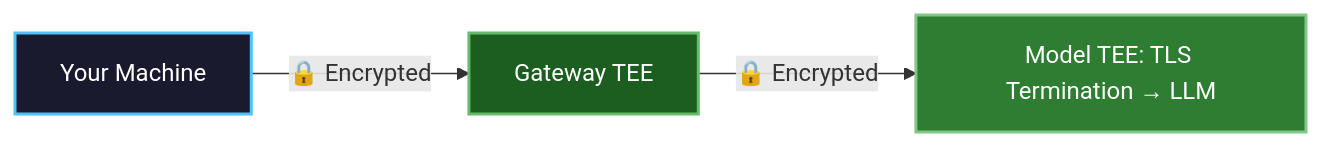
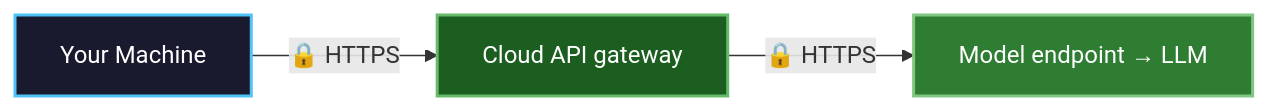
The first of 2 diagrams in cloud/private-inference.mdx (nearai/docs), drawn with Mermaid before and after one commit. The commit also changed other lines of this file and 7 other files, not shown here.

````diff
--- a/cloud/private-inference.mdx
+++ b/cloud/private-inference.mdx
@@ -61,8 +61,8 @@
 ```mermaid
 flowchart LR
-    A["Your Machine"] -->|"🔒 Encrypted"| B["Gateway TEE"] -->|"🔒 Encrypted"| C["Model TEE: TLS Termination → LLM"]
+    A["Your Machine"] -->|"🔒 HTTPS"| B["Cloud API gateway"] -->|"🔒 HTTPS"| C["Model endpoint → LLM"]
 
     style A fill:#1a1a2e,stroke:#4fc3f7,stroke-width:2px,color:#fff
     style B fill:#1b5e20,stroke:#66bb6a,stroke-width:2px,color:#fff
     style C fill:#2e7d32,stroke:#81c784,stroke-width:2px,color:#fff
 ```
````
